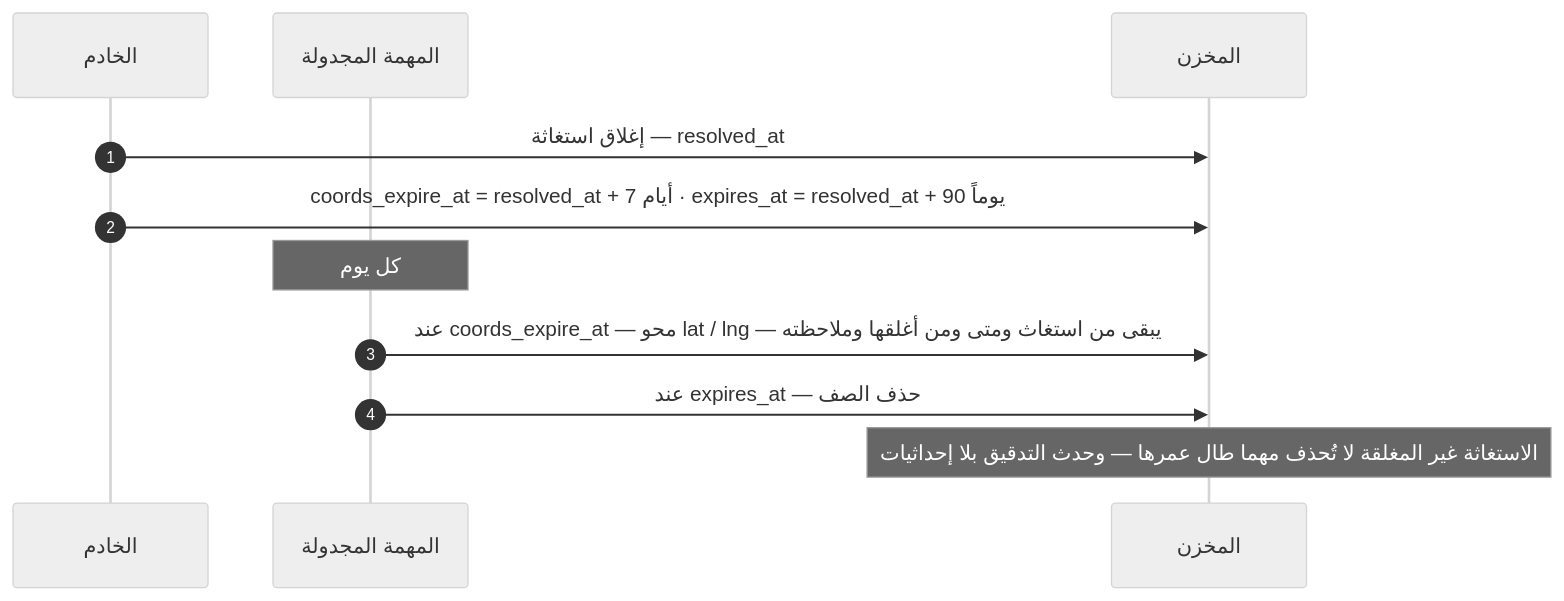
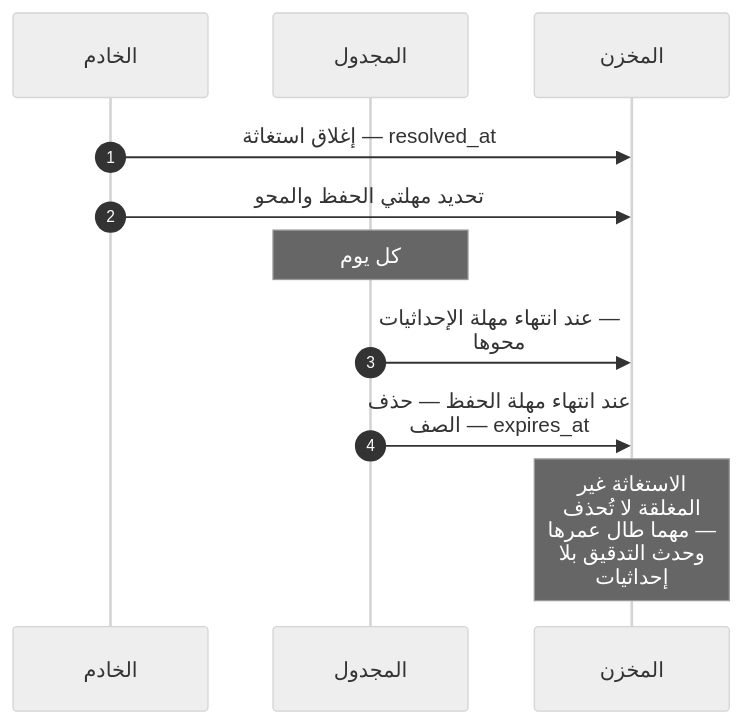
Before and after one commit to Bassam-mohammed-alqaeadi/family-os-v2: diagram 17 of 30 in docs/family-os/governance/phases/phase-1/S1-07-location-basic/DIAGRAMS.md, drawn with Mermaid (neutral theme). The commit also changed other lines of this file, not shown here.

````diff
--- a/docs/family-os/governance/phases/phase-1/S1-07-location-basic/DIAGRAMS.md
+++ b/docs/family-os/governance/phases/phase-1/S1-07-location-basic/DIAGRAMS.md
@@ -568,13 +673,14 @@
 ```mermaid
+    %%{init: {"sequence": {"wrap": true}}}%%
 sequenceDiagram
     autonumber
     participant Ktor as الخادم
-    participant Sched as المهمة المجدولة
+    participant Sched as المجدول
     participant PG as المخزن
     Ktor->>PG: إغلاق استغاثة — resolved_at
-    Ktor->>PG: coords_expire_at = resolved_at + 7 أيام · expires_at = resolved_at + 90 يوماً
+    Ktor->>PG: تحديد مهلتي الحفظ والمحو
     Note over Sched: كل يوم
-    Sched->>PG: عند coords_expire_at — محو lat / lng — يبقى من استغاث ومتى ومن أغلقها وملاحظته
-    Sched->>PG: عند expires_at — حذف الصف
+    Sched->>PG: عند انتهاء مهلة الإحداثيات — محوها
+    Sched->>PG: عند انتهاء مهلة الحفظ — حذف الصف — expires_at
     Note over PG: الاستغاثة غير المغلقة لا تُحذف مهما طال عمرها — وحدث التدقيق بلا إحداثيات
 ```
````
